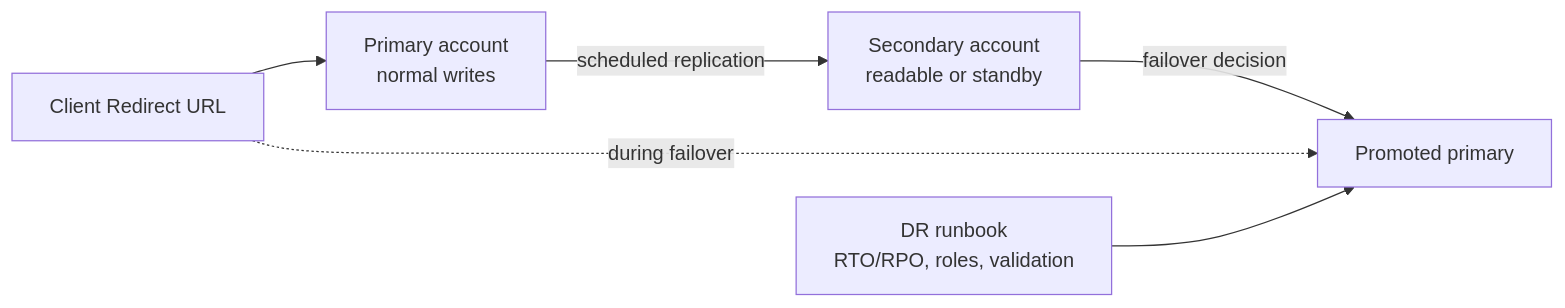
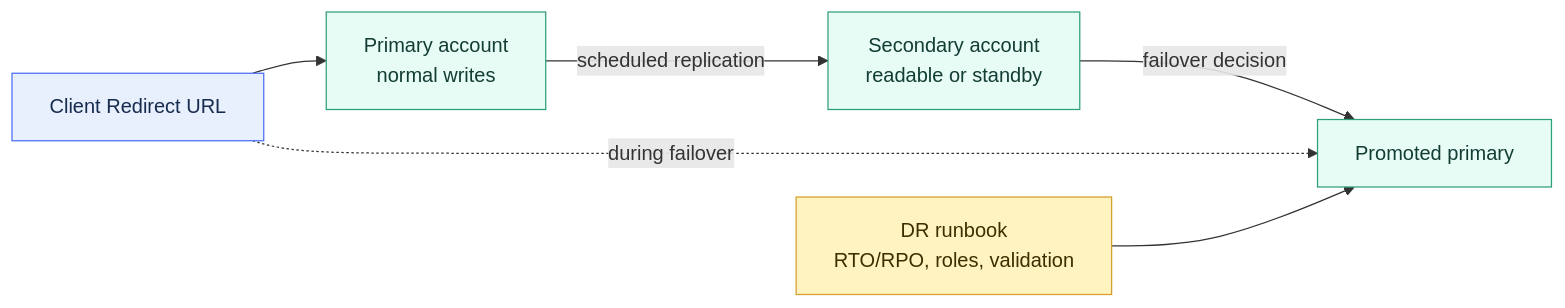
Before and after one commit to shonningsoy/Upskill: the diagram in 01 Snowflake/08 Enterprise Snowflake in Production/53 Replication, Failover, Client Redirect, and DR.md, drawn with Mermaid. The commit also changed other lines of this file and 6 other files, not shown here.

````diff
--- a/01 Snowflake/08 Enterprise Snowflake in Production/53 Replication, Failover, Client Redirect, and DR.md
+++ b/01 Snowflake/08 Enterprise Snowflake in Production/53 Replication, Failover, Client Redirect, and DR.md
@@ -64,8 +65,18 @@
 ```mermaid
 flowchart LR
     P["Primary account<br/>normal writes"] -->|scheduled replication| S["Secondary account<br/>readable or standby"]
     S -->|failover decision| N["Promoted primary"]
     C["Client Redirect URL"] --> P
     C -.during failover.-> N
     R["DR runbook<br/>RTO/RPO, roles, validation"] --> N
+
+    classDef input fill:#E8F0FE,stroke:#4C6EF5,color:#172B4D
+    classDef control fill:#FFF3BF,stroke:#D69E2E,color:#3D2E00
+    classDef snowflake fill:#E6FCF5,stroke:#2F9E7B,color:#123C34
+    classDef platform fill:#F1F3F5,stroke:#868E96,color:#212529
+    classDef output fill:#F3E8FF,stroke:#805AD5,color:#2D1B4E
+
+    class C input
+    class P,S,N snowflake
+    class R control
 ```
````
